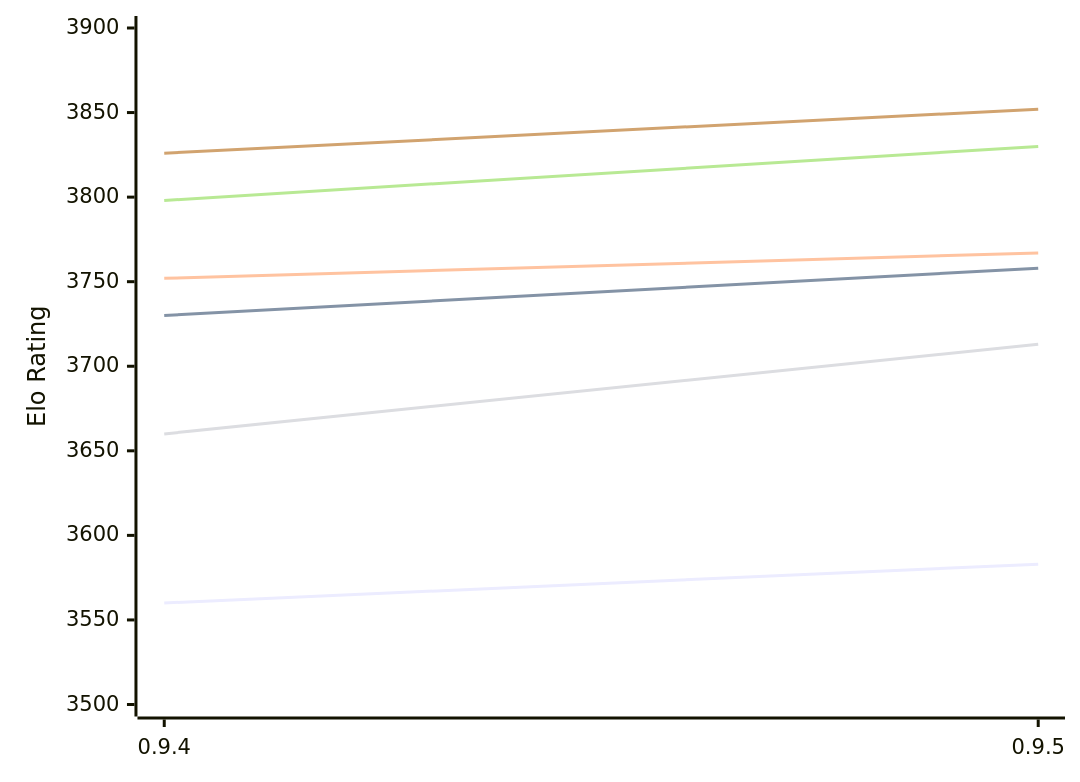
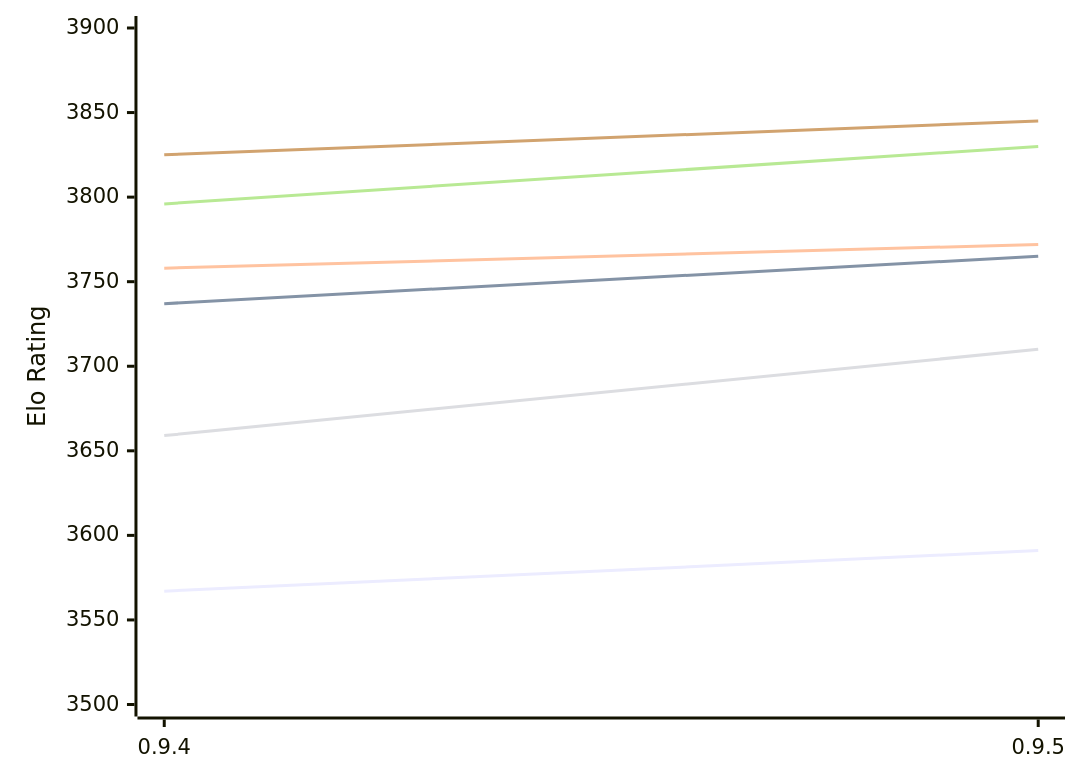
The first of 2 diagrams in engines/Coda.md (computer-chess-index/cci), drawn with Mermaid before and after one commit. The commit also changed other lines of this file, not shown here.

Commit message:
Update CCI Ratings (ELO VLTC) - 2026-11-10

````diff
--- a/engines/Coda.md
+++ b/engines/Coda.md
@@ -52,12 +52,12 @@
 ```mermaid
 %%{init: {"theme":"base","themeVariables":{"seriesColors:['#a3a3a3','#222221','#faa371']}}}%%
 xychart-beta
   x-axis ["0.9.4", "0.9.5"]
   y-axis "Elo Rating" 3500 --> 3900
-  line "E1: STC (8.0+0.08s)" [3560, 3583]
-  line "E1: LTC (60.0+0.60s)" [3730, 3758]
-  line "E1: VLTC (2m24s+1.12s)" [3752, 3767]
-  line "P1: STC (8.0+0.08s)" [3660, 3713]
-  line "P1: LTC (60.0+0.60s)" [3798, 3830]
-  line "P1: VLTC (2m24s+1.12s)" [3826, 3852]
+  line "E1: STC (8.0+0.08s)" [3567, 3591]
+  line "E1: LTC (60.0+0.60s)" [3737, 3765]
+  line "E1: VLTC (2m24s+1.12s)" [3758, 3772]
+  line "P1: STC (8.0+0.08s)" [3659, 3710]
+  line "P1: LTC (60.0+0.60s)" [3796, 3830]
+  line "P1: VLTC (2m24s+1.12s)" [3825, 3845]
 ```
````
